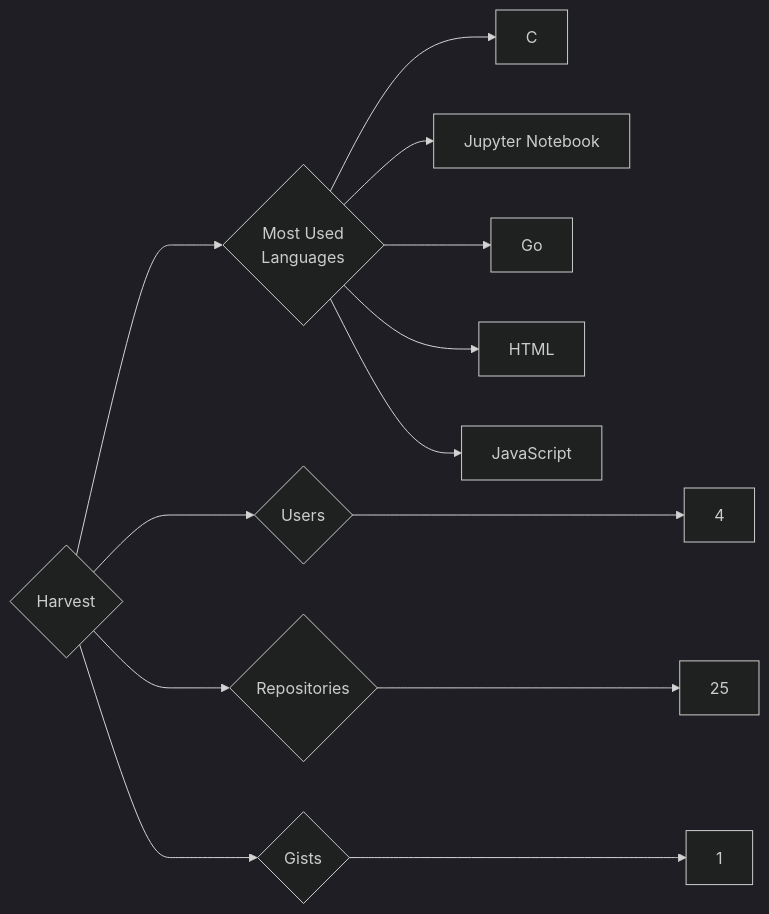
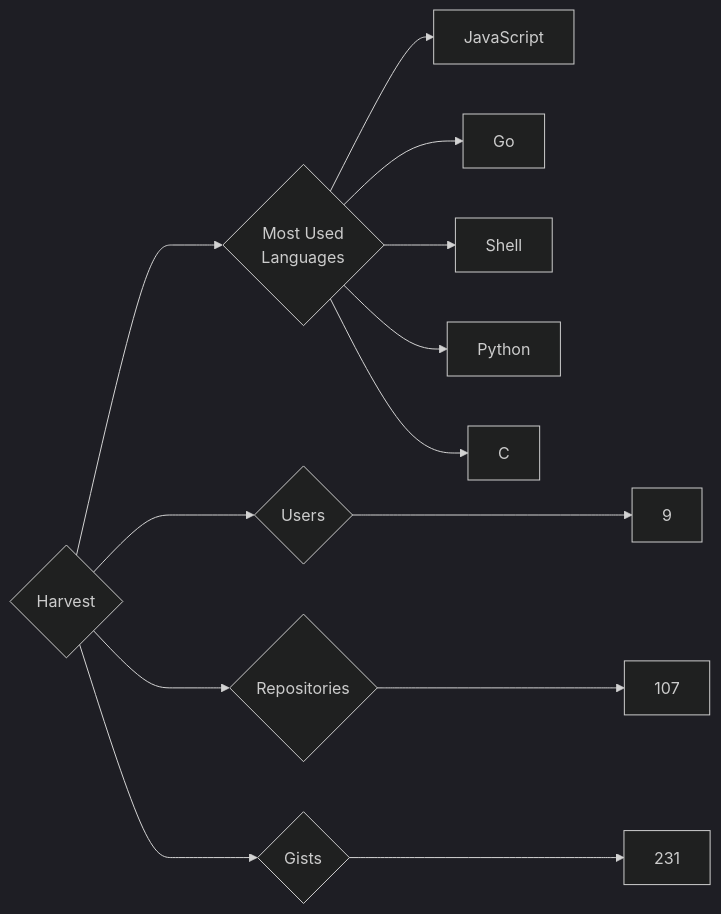
The diagram in targets/Harvest/README.md (trickest/insiders), drawn with Mermaid (dark theme) before and after one commit. The commit also changed 927 other files, not shown here.

````diff
--- a/targets/Harvest/README.md
+++ b/targets/Harvest/README.md
@@ -3,13 +3,13 @@
 ```mermaid
 graph LR
 COMPANY_NAME{Harvest}
-COMPANY_NAME ---> U{Users} ---> UN[4]
-COMPANY_NAME ---> R{Repositories} ---> RN[25]
-COMPANY_NAME ---> G{Gists} ---> GN[1]
+COMPANY_NAME ---> U{Users} ---> UN[9]
+COMPANY_NAME ---> R{Repositories} ---> RN[107]
+COMPANY_NAME ---> G{Gists} ---> GN[231]
 COMPANY_NAME ---> ML{Most Used<br>Languages}
+ML --> JavaScript[JavaScript]
+ML --> Go[Go]
+ML --> Shell[Shell]
+ML --> Python[Python]
 ML --> C[C]
-ML --> Jupyter_Notebook[Jupyter Notebook]
-ML --> Go[Go]
-ML --> HTML[HTML]
-ML --> JavaScript[JavaScript]
 ```
````
